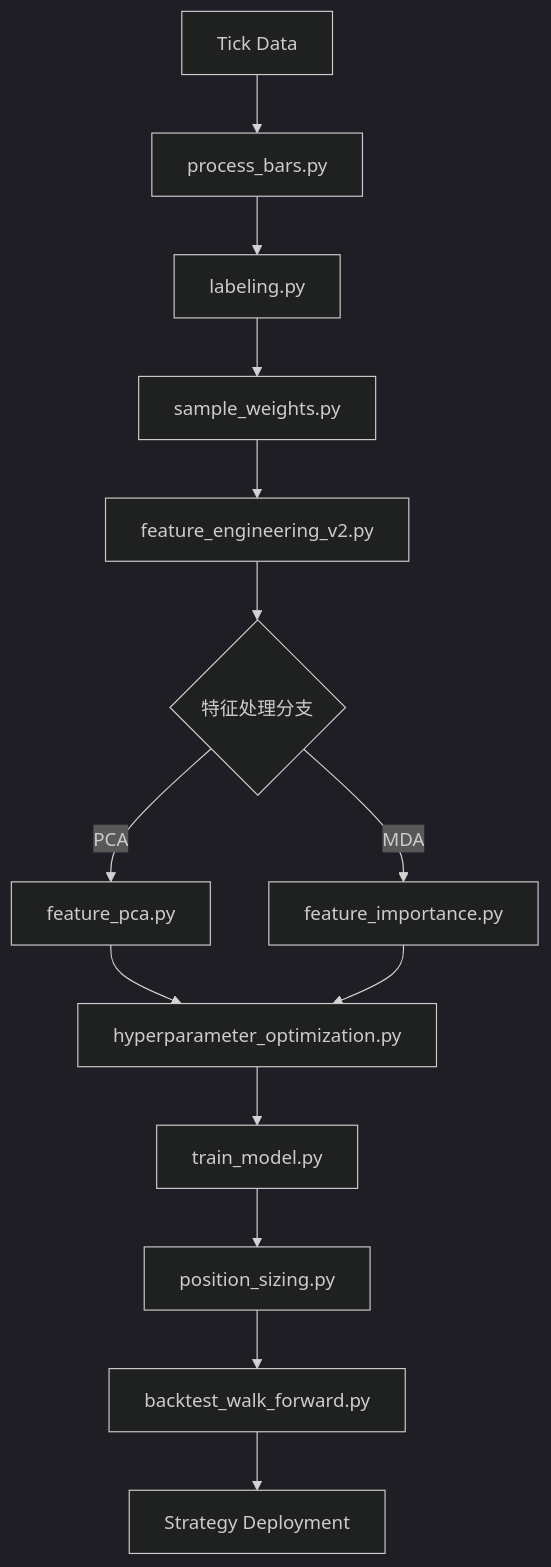
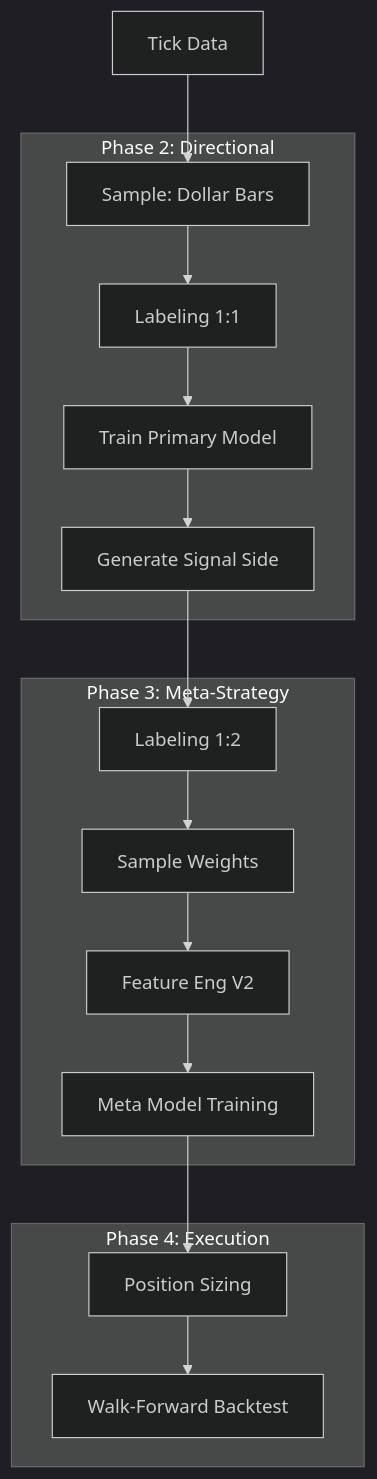
One commit to jieyujing/AFML changed the diagram in .gemini/skills/afml-workflow/SKILL.md. Above: the diagram before and after it, drawn with Mermaid (dark theme). The commit also changed other lines of this file and 20 other files, not shown here.

````diff
--- a/.gemini/skills/afml-workflow/SKILL.md
+++ b/.gemini/skills/afml-workflow/SKILL.md
@@ -35,16 +105,22 @@
 ```mermaid
 graph TD
-    A[Tick Data] --> B[process_bars.py]
-    B --> C[labeling.py]
-    C --> D[sample_weights.py]
-    D --> E[feature_engineering_v2.py]
-    E --> F1{特征处理分支}
-    F1 -->|PCA| G1[feature_pca.py]
-    F1 -->|MDA| G2[feature_importance.py]
-    G1 --> H[hyperparameter_optimization.py]
-    G2 --> H
-    H --> I[train_model.py]
-    I --> I2[position_sizing.py]
-    I2 --> J[backtest_walk_forward.py]
-    J --> K[Strategy Deployment]
+    A[Tick Data] --> B[Sample: Dollar Bars]
+    
+    subgraph Phase 2: Directional
+    B --> C1[Labeling 1:1]
+    C1 --> C2[Train Primary Model]
+    C2 --> C3[Generate Signal Side]
+    end
+    
+    subgraph Phase 3: Meta-Strategy
+    C3 --> D1[Labeling 1:2]
+    D1 --> D2[Sample Weights]
+    D2 --> D3[Feature Eng V2]
+    D3 --> D4[Meta Model Training]
+    end
+    
+    subgraph Phase 4: Execution
+    D4 --> E1[Position Sizing]
+    E1 --> E2[Walk-Forward Backtest]
+    end
 ```
````
